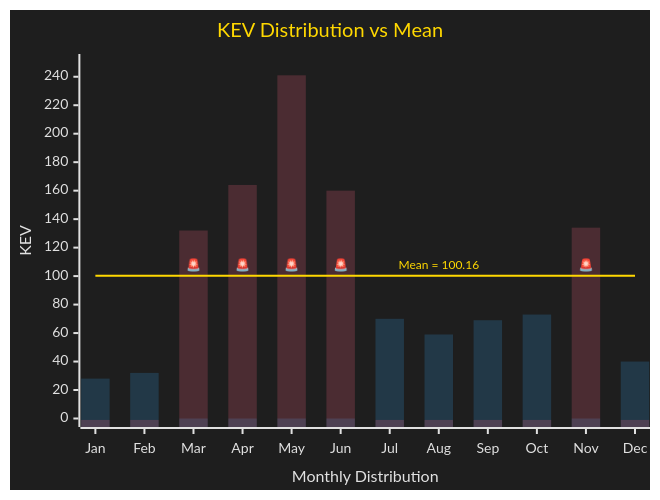
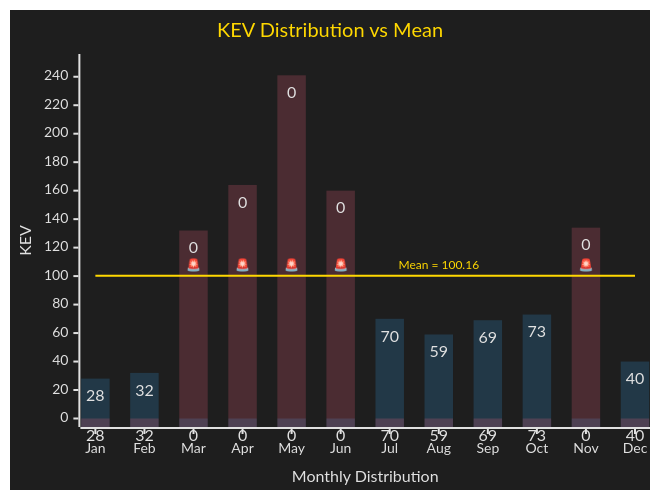
Before and after one commit to myseq/makeshift: the second of 2 diagrams in mdfiles/cisakev36m.md, drawn with Mermaid.

Commit message:
updated data

````diff
--- a/mdfiles/cisakev36m.md
+++ b/mdfiles/cisakev36m.md
@@ -37,33 +37,33 @@
 ```mermaid
 ---
 config:
     xyChart:
         width: 640
         height: 480
         showLegend: true
-        showDataLabel: false
-        showDataLabelOutsideBar: true
+        showDataLabel: true
+        showDataLabelOutsideBar: false
     themeVariables:
         xyChart:
             backgroundColor: "#1e1e1e"
             titleColor: "#ffd800"
             dataLabelColor: "#e1e1e1"
             xAxisLabelColor: "#e1e1e1"
             xAxisTitleColor: "#e1e1e1"
             xAxisTickColor: "#e1e1e1"
             xAxisLineColor: "#e1e1e1"
             yAxisLabelColor: "#e1e1e1"
             yAxisTitleColor: "#e1e1e1"
             yAxisTickColor: "#e1e1e1"
             yAxisLineColor: "#e1e1e1"
             plotColorPalette: '#36A2EB33, #FF638433, #ffd800'
 ---
 xychart
     title "KEV Distribution vs Mean"
     x-axis "Monthly Distribution" [Jan, Feb, Mar, Apr, May, Jun, Jul, Aug, Sep, Oct, Nov, Dec]
     y-axis "KEV"  0 --> 250
     bar "below" [28, 32, 0, 0, 0, 0, 70, 59, 69, 73, 0, 40]
-    bar "above" [ -1,  -1, 132, 164, 241, 160, -1, -1, -1, -1, 134, -1]
+    bar "above" [ 0,  0, 132, 164, 241, 160, 0, 0, 0, 0, 134, 0]
     line "mean" [100.16, 100.16, 100.16 "🚨", 100.16 "🚨", 100.16 "🚨", 100.16 "🚨", 100.16, 100.16 "Mean = 100.16", 100.16, 100.16, 100.16 "🚨", 100.16]
 
 ```
````
